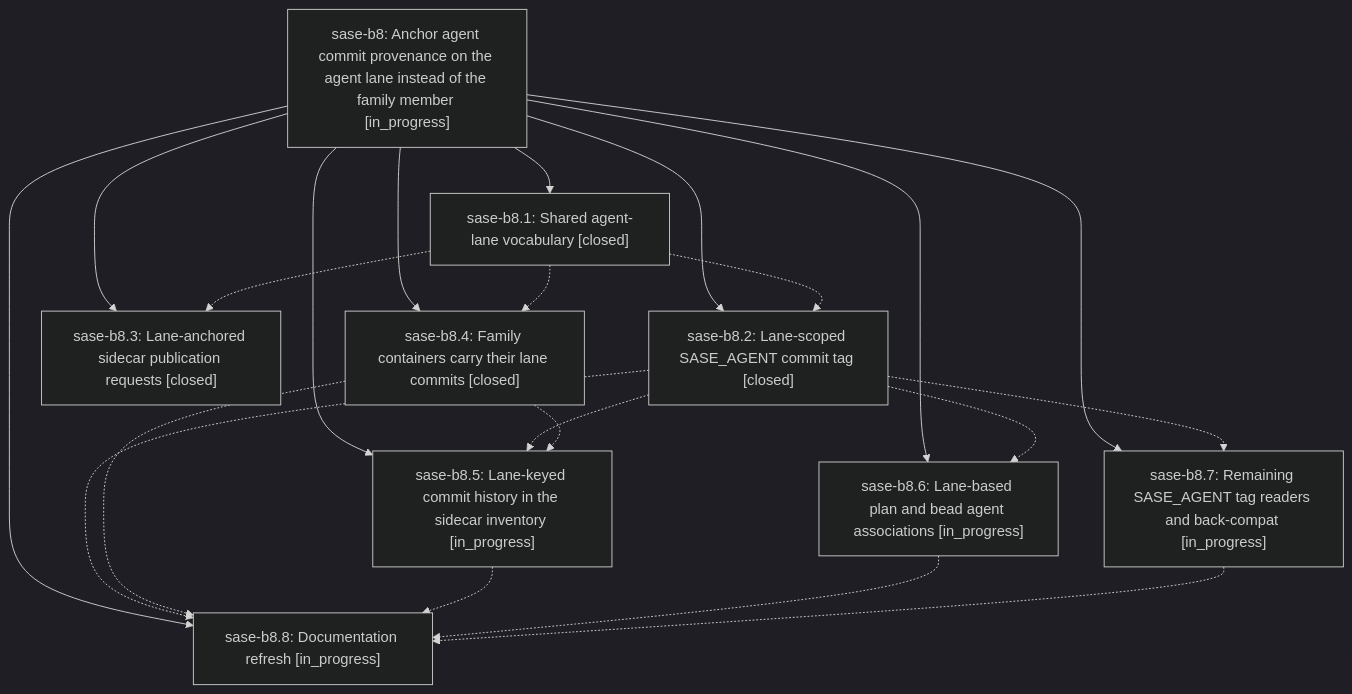
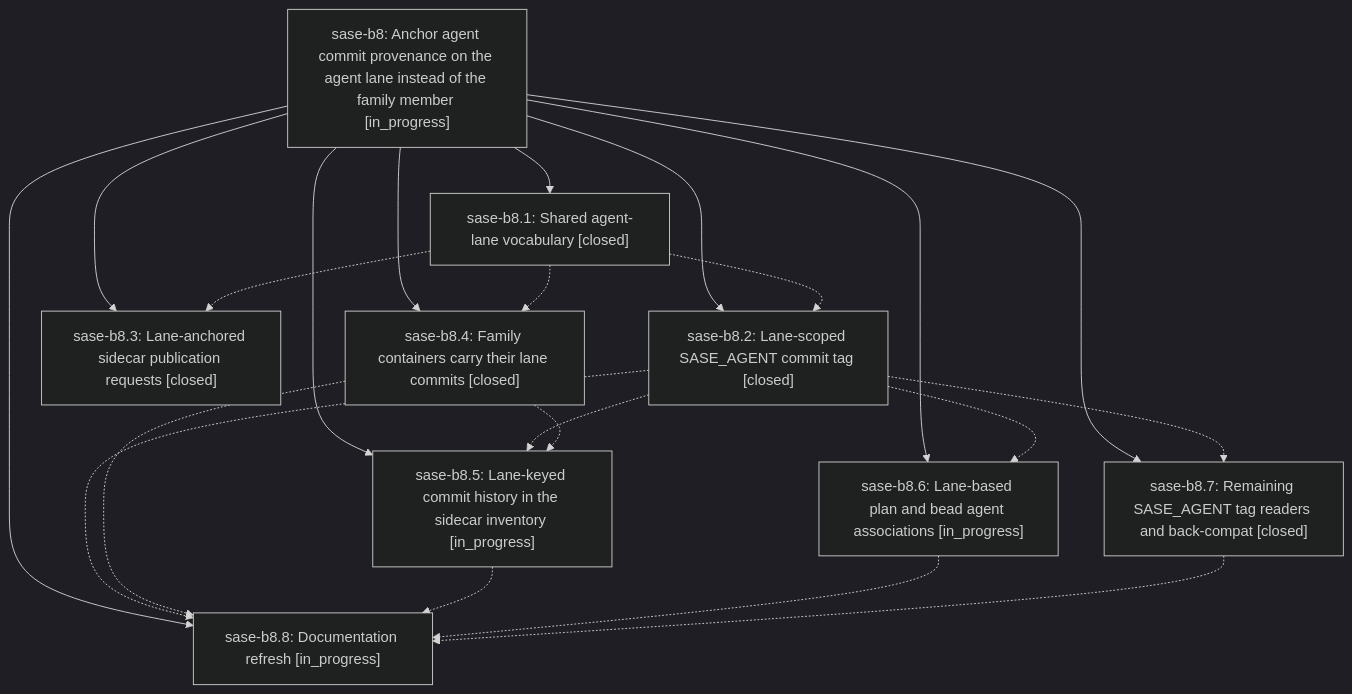
Before and after one commit to sase-org/sase--beads: the diagram in pages/sase-b8/README.md, drawn with Mermaid (dark theme). The commit also changed other lines of this file and 3 other files, not shown here.

````diff
--- a/pages/sase-b8/README.md
+++ b/pages/sase-b8/README.md
@@ -29,32 +29,32 @@
 ```mermaid
 flowchart TD
     n0["sase-b8: Anchor agent commit provenance on the agent lane instead of the family member [in_progress]"]
     n1["sase-b8.1: Shared agent-lane vocabulary [closed]"]
     n2["sase-b8.2: Lane-scoped SASE_AGENT commit tag [closed]"]
     n3["sase-b8.3: Lane-anchored sidecar publication requests [closed]"]
     n4["sase-b8.4: Family containers carry their lane commits [closed]"]
     n5["sase-b8.5: Lane-keyed commit history in the sidecar inventory [in_progress]"]
     n6["sase-b8.6: Lane-based plan and bead agent associations [in_progress]"]
-    n7["sase-b8.7: Remaining SASE_AGENT tag readers and back-compat [in_progress]"]
+    n7["sase-b8.7: Remaining SASE_AGENT tag readers and back-compat [closed]"]
     n8["sase-b8.8: Documentation refresh [in_progress]"]
     n0 --> n1
     n0 --> n2
     n0 --> n3
     n0 --> n4
     n0 --> n5
     n0 --> n6
     n0 --> n7
     n0 --> n8
     n1 -.-> n2
     n1 -.-> n3
     n1 -.-> n4
     n2 -.-> n5
     n2 -.-> n6
     n2 -.-> n7
     n2 -.-> n8
     n4 -.-> n5
     n4 -.-> n8
     n5 -.-> n8
     n6 -.-> n8
     n7 -.-> n8
 ```
````
